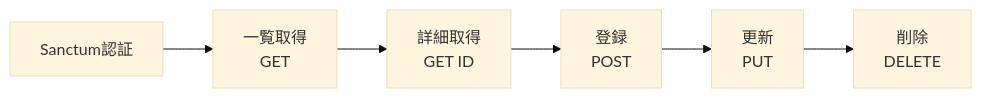
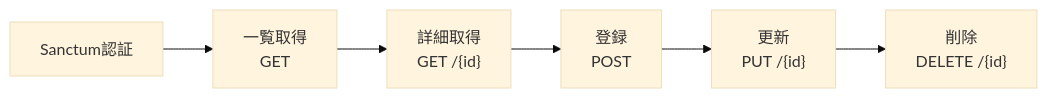
Before and after one commit to aridome-sashizume/attendance-app: the third of 3 diagrams in docs/screen-transition.md, drawn with Mermaid (base theme). The commit also changed other lines of this file, not shown here.

Commit message:
Refactor mermaid syntax in screen transition diagrams

````diff
--- a/docs/screen-transition.md
+++ b/docs/screen-transition.md
@@ -53,14 +50,14 @@
-```mermaid {preview="false"}
+```mermaid
 flowchart LR
 
-A[Sanctum認証]
---> B[一覧取得<br>GET]
+A["Sanctum認証"]
+--> B["一覧取得<br>GET"]
 
-B --> C[詳細取得<br>GET ID]
+B --> C["詳細取得<br>GET /{id}"]
 
-C --> D[登録<br>POST]
+C --> D["登録<br>POST"]
 
-D --> E[更新<br>PUT]
+D --> E["更新<br>PUT /{id}"]
 
-E --> F[削除<br>DELETE]
+E --> F["削除<br>DELETE /{id}"]
 ```
````
